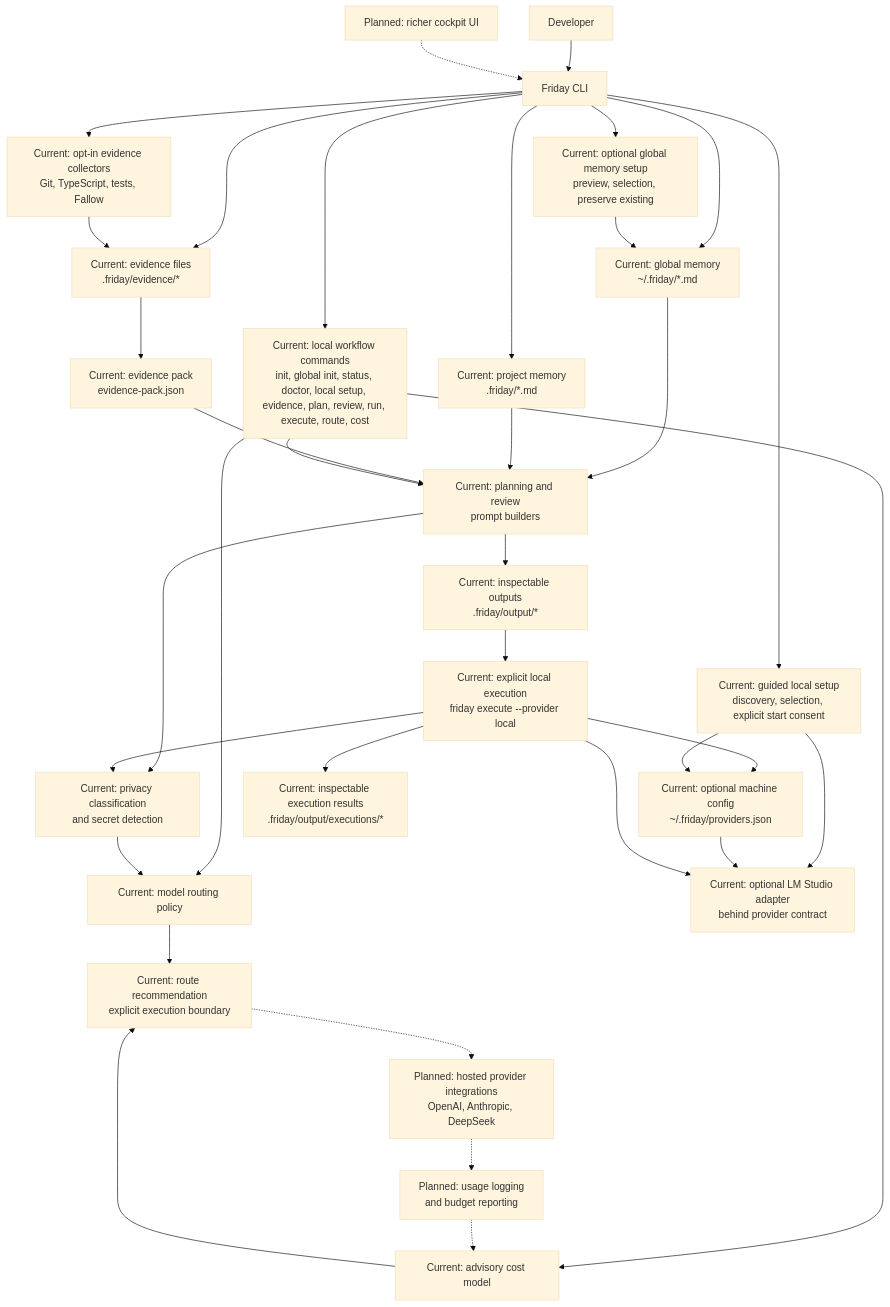
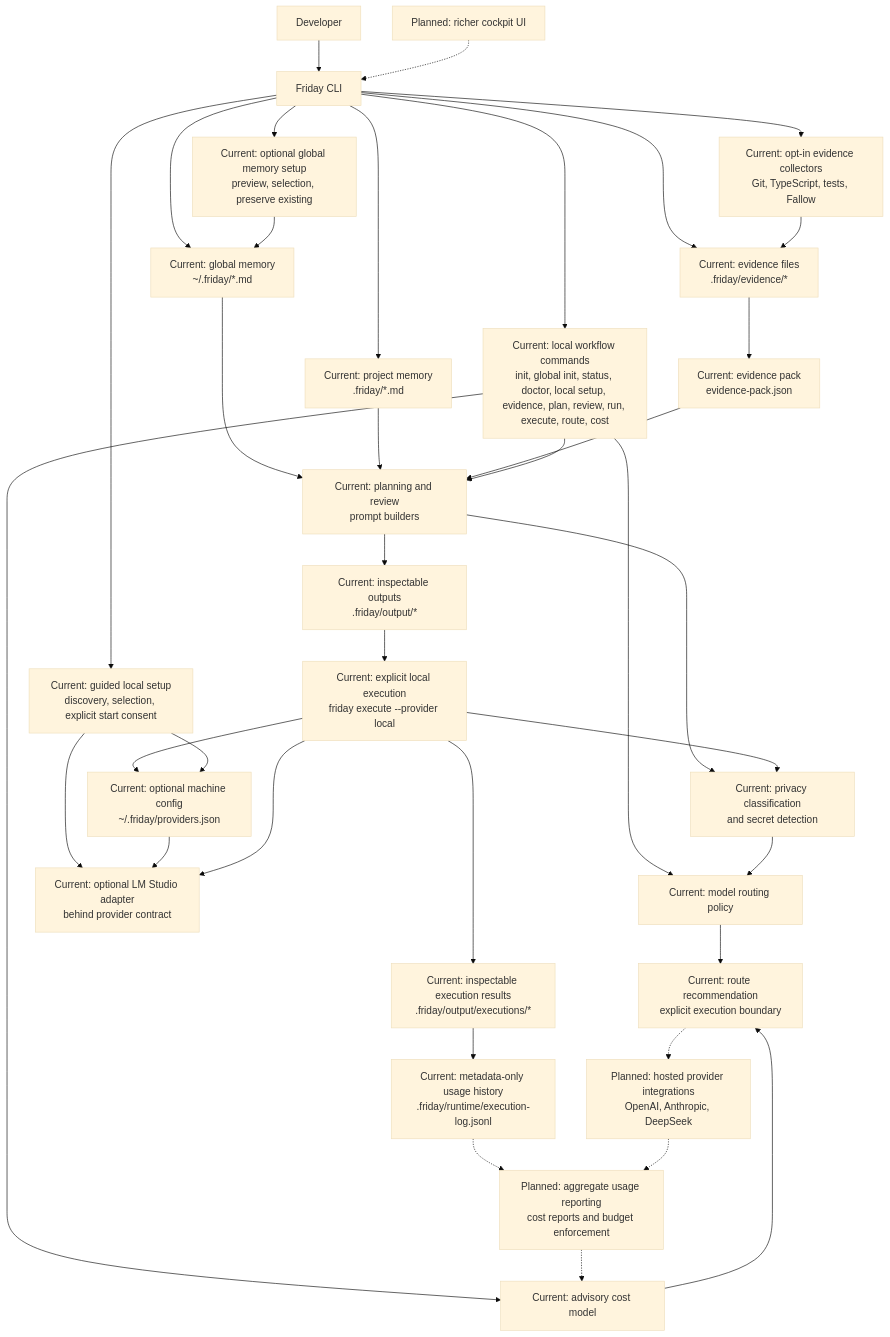
Before and after one commit to MikeBlakeway/friday: the diagram in docs/architecture.md, drawn with Mermaid (base theme). The commit also changed other lines of this file and 14 other files, not shown here.

````diff
--- a/docs/architecture.md
+++ b/docs/architecture.md
@@ -13,42 +14,44 @@
 ```mermaid
 flowchart TD
   Developer[Developer] --> CLI[Friday CLI]
 
   CLI --> CurrentGlobalMemory[Current: global memory<br/>~/.friday/*.md]
   CLI --> CurrentProjectMemory[Current: project memory<br/>.friday/*.md]
   CLI --> CurrentEvidence[Current: evidence files<br/>.friday/evidence/*]
   CLI --> CurrentCommands[Current: local workflow commands<br/>init, global init, status, doctor, local setup, evidence, plan, review, run, execute, route, cost]
 
   CurrentGlobalMemory --> PromptBuilders[Current: planning and review<br/>prompt builders]
   CurrentProjectMemory --> PromptBuilders
   CurrentEvidence --> EvidencePack[Current: evidence pack<br/>evidence-pack.json]
   EvidencePack --> PromptBuilders
   CurrentCommands --> PromptBuilders
 
   PromptBuilders --> PrivacySafety[Current: privacy classification<br/>and secret detection]
   CurrentCommands --> RoutePolicy[Current: model routing policy]
   CurrentCommands --> CostModel[Current: advisory cost model]
 
   PrivacySafety --> RoutePolicy
   RoutePolicy --> Recommendation[Current: route recommendation<br/>explicit execution boundary]
   CostModel --> Recommendation
   PromptBuilders --> LocalOutputs[Current: inspectable outputs<br/>.friday/output/*]
   LocalOutputs --> ExecuteBoundary[Current: explicit local execution<br/>friday execute --provider local]
   ExecuteBoundary --> PrivacySafety
   ExecuteBoundary --> GlobalProviderConfig[Current: optional machine config<br/>~/.friday/providers.json]
   CLI --> GuidedSetup[Current: guided local setup<br/>discovery, selection, explicit start consent]
   CLI --> GlobalMemorySetup[Current: optional global memory setup<br/>preview, selection, preserve existing]
   GlobalMemorySetup --> CurrentGlobalMemory
   GuidedSetup --> GlobalProviderConfig
   GuidedSetup --> CurrentLocalProvider
   GlobalProviderConfig --> CurrentLocalProvider
   ExecuteBoundary --> CurrentLocalProvider[Current: optional LM Studio adapter<br/>behind provider contract]
   ExecuteBoundary --> ExecutionOutputs[Current: inspectable execution results<br/>.friday/output/executions/*]
+  ExecutionOutputs --> CurrentUsage[Current: metadata-only usage history<br/>.friday/runtime/execution-log.jsonl]
 
   CLI --> CurrentCollectors[Current: opt-in evidence collectors<br/>Git, TypeScript, tests, Fallow]
   CurrentCollectors --> CurrentEvidence
   Recommendation -.-> PlannedProviders[Planned: hosted provider integrations<br/>OpenAI, Anthropic, DeepSeek]
-  PlannedProviders -.-> PlannedUsage[Planned: usage logging<br/>and budget reporting]
-  PlannedUsage -.-> CostModel
+  CurrentUsage -.-> PlannedReporting[Planned: aggregate usage reporting<br/>cost reports and budget enforcement]
+  PlannedProviders -.-> PlannedReporting
+  PlannedReporting -.-> CostModel
   PlannedCockpit[Planned: richer cockpit UI] -.-> CLI
 ```
````
